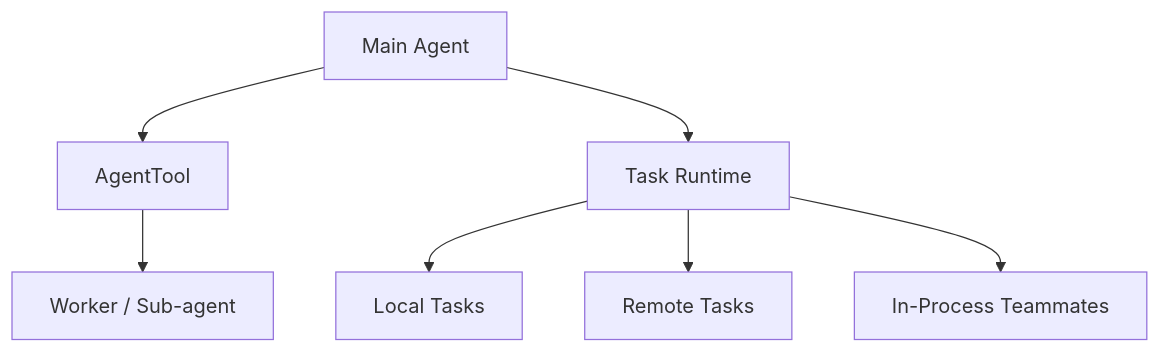
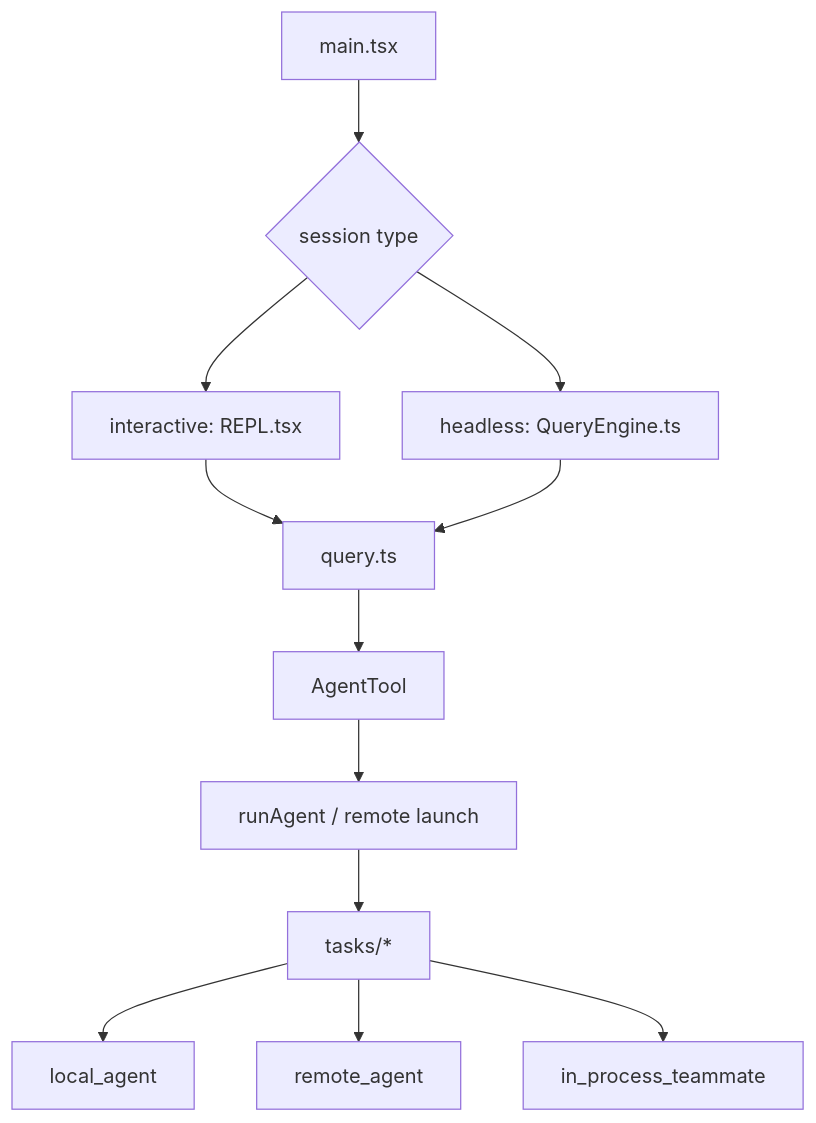
The diagram in MODULES/01-agent-loop-and-teams/SIMPLE/README.en.md (Boulea7/ClaudeCode-Source-DeepDive), drawn with Mermaid before and after one commit. The commit also changed other lines of this file and 92 other files, not shown here.

````diff
--- a/MODULES/01-agent-loop-and-teams/SIMPLE/README.en.md
+++ b/MODULES/01-agent-loop-and-teams/SIMPLE/README.en.md
@@ -9,9 +9,14 @@
 ```mermaid
 flowchart TD
-    A[Main Agent] --> B[AgentTool]
-    B --> C[Worker / Sub-agent]
-    A --> D[Task Runtime]
-    D --> E[Local Tasks]
-    D --> F[Remote Tasks]
-    D --> G[In-Process Teammates]
+    A[main.tsx] --> B{session type}
+    B --> C[interactive: REPL.tsx]
+    B --> D[headless: QueryEngine.ts]
+    C --> E[query.ts]
+    D --> E
+    E --> F[AgentTool]
+    F --> G[runAgent / remote launch]
+    G --> H[tasks/*]
+    H --> I[local_agent]
+    H --> J[remote_agent]
+    H --> K[in_process_teammate]
 ```
````
